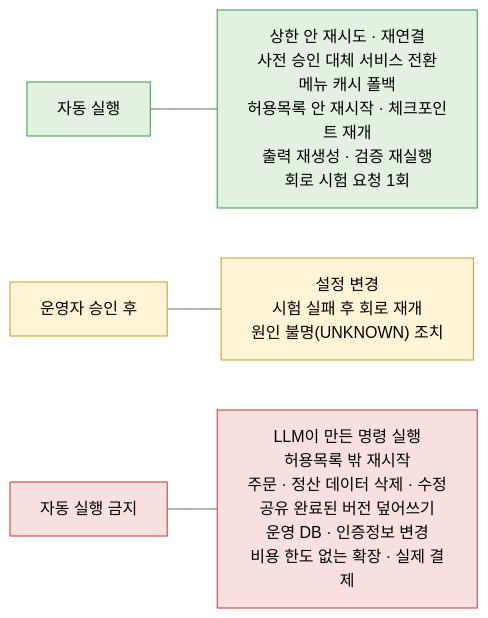
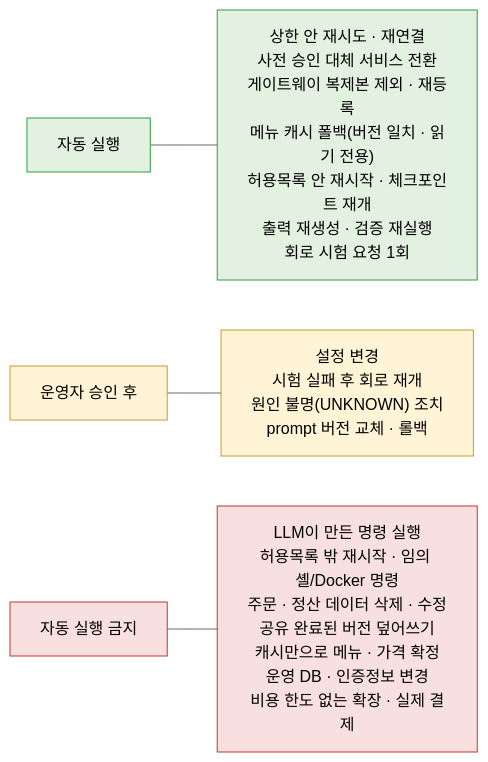
Before and after one commit to 931njhthe-star/moa: the ninth of 10 diagrams in docs/PRD.md, drawn with Mermaid (neutral theme). The commit also changed other lines of this file, not shown here.

````diff
--- a/docs/PRD.md
+++ b/docs/PRD.md
@@ -370,13 +464,13 @@
 ```mermaid
 flowchart LR
-    A["자동 실행"] --- A1["상한 안 재시도 · 재연결<br/>사전 승인 대체 서비스 전환<br/>메뉴 캐시 폴백<br/>허용목록 안 재시작 · 체크포인트 재개<br/>출력 재생성 · 검증 재실행<br/>회로 시험 요청 1회"]
-    B["운영자 승인 후"] --- B1["설정 변경<br/>시험 실패 후 회로 재개<br/>원인 불명(UNKNOWN) 조치"]
-    C["자동 실행 금지"] --- C1["LLM이 만든 명령 실행<br/>허용목록 밖 재시작<br/>주문 · 정산 데이터 삭제 · 수정<br/>공유 완료된 버전 덮어쓰기<br/>운영 DB · 인증정보 변경<br/>비용 한도 없는 확장 · 실제 결제"]
+    A["자동 실행"] --- A1["상한 안 재시도 · 재연결<br/>사전 승인 대체 서비스 전환<br/>게이트웨이 복제본 제외 · 재등록<br/>메뉴 캐시 폴백(버전 일치 · 읽기 전용)<br/>허용목록 안 재시작 · 체크포인트 재개<br/>출력 재생성 · 검증 재실행<br/>회로 시험 요청 1회"]
+    B["운영자 승인 후"] --- B1["설정 변경<br/>시험 실패 후 회로 재개<br/>원인 불명(UNKNOWN) 조치<br/>prompt 버전 교체 · 롤백"]
+    C["자동 실행 금지"] --- C1["LLM이 만든 명령 실행<br/>허용목록 밖 재시작 · 임의 셸/Docker 명령<br/>주문 · 정산 데이터 삭제 · 수정<br/>공유 완료된 버전 덮어쓰기<br/>캐시만으로 메뉴 · 가격 확정<br/>운영 DB · 인증정보 변경<br/>비용 한도 없는 확장 · 실제 결제"]
 
     classDef ok fill:#E3F1E1,stroke:#2E9E44
     classDef wait fill:#FFF4D6,stroke:#C99A2E
     classDef no fill:#F8E0E0,stroke:#C0392B
     class A,A1 ok
     class B,B1 wait
     class C,C1 no
 ```
````
